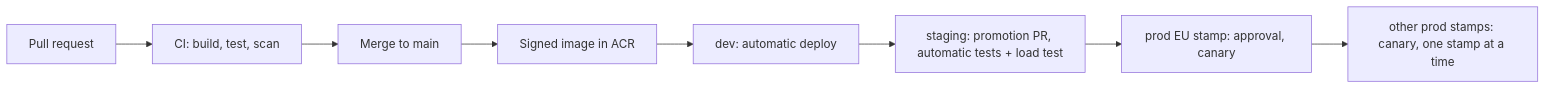
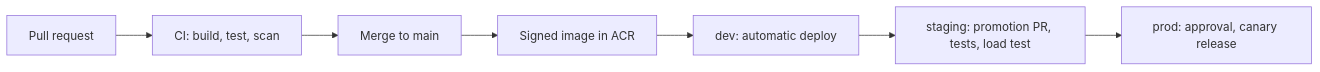
Before and after one commit to robert-miani/abysalto-webshop: the ninth of 9 diagrams in docs/architecture.md, drawn with Mermaid. The commit also changed other lines of this file and 1 other file, not shown here.

First line of the commit message:
docs: focus architecture on EU market and shorten document

````diff
--- a/docs/architecture.md
+++ b/docs/architecture.md
@@ -1091,10 +773,9 @@
 ```mermaid
 flowchart LR
     pr["Pull request"] --> ci["CI: build, test, scan"]
     ci --> main["Merge to main"]
     main --> img["Signed image in ACR"]
     img --> dev["dev: automatic deploy"]
-    dev --> stg["staging: promotion PR, automatic tests + load test"]
-    stg --> prod1["prod EU stamp: approval, canary"]
-    prod1 --> prodN["other prod stamps: canary, one stamp at a time"]
+    dev --> stg["staging: promotion PR, tests, load test"]
+    stg --> prod["prod: approval, canary release"]
 ```
````
